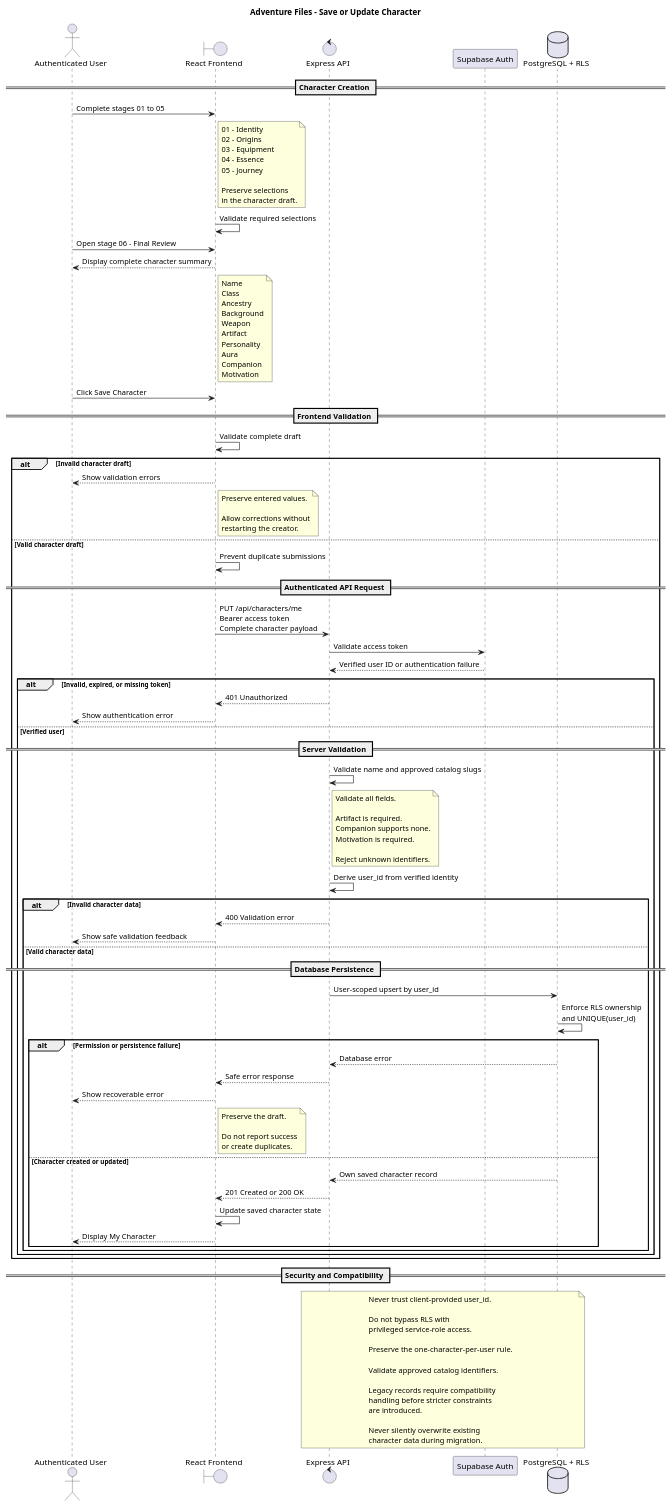
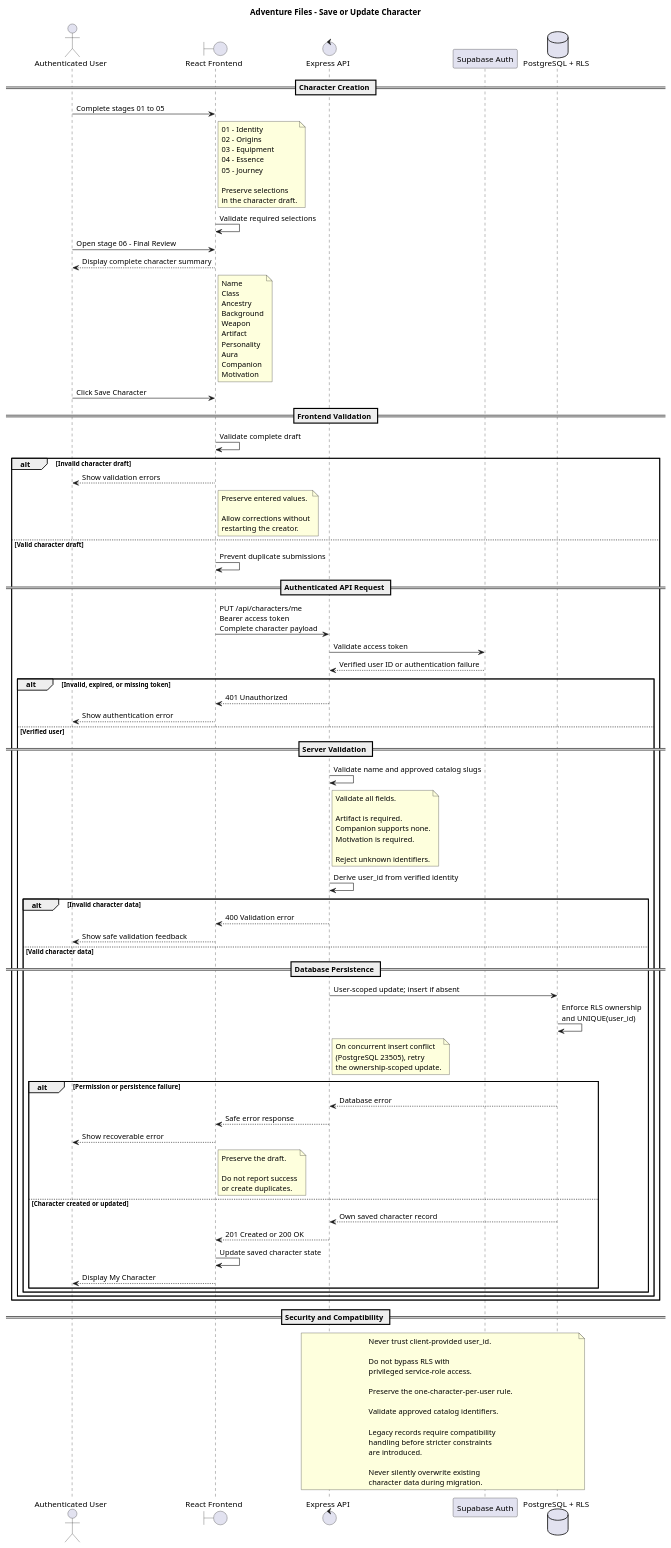
The diagram in docs/uml/save-character-sequence.puml (AlexandroLeao/rpg-character-creator), drawn with PlantUML before and after one commit. The commit also changed 12 other files, not shown here.

```diff
--- a/docs/uml/save-character-sequence.puml
+++ b/docs/uml/save-character-sequence.puml
@@ -1,168 +1,174 @@
 @startuml
 title Adventure Files - Save or Update Character
 
 actor "Authenticated User" as User
 
 boundary "React Frontend" as Frontend
 
 control "Express API" as API
 
 participant "Supabase Auth" as Auth
 
 database "PostgreSQL + RLS" as Database
 
 == Character Creation ==
 
 User -> Frontend: Complete stages 01 to 05
 
 note right of Frontend
   01 - Identity
   02 - Origins
   03 - Equipment
   04 - Essence
   05 - Journey
 
   Preserve selections
   in the character draft.
 end note
 
 Frontend -> Frontend: Validate required selections
 
 User -> Frontend: Open stage 06 - Final Review
 
 Frontend --> User: Display complete character summary
 
 note right of Frontend
   Name
   Class
   Ancestry
   Background
   Weapon
   Artifact
   Personality
   Aura
   Companion
   Motivation
 end note
 
 User -> Frontend: Click Save Character
 
 == Frontend Validation ==
 
 Frontend -> Frontend: Validate complete draft
 
 alt Invalid character draft
 
     Frontend --> User: Show validation errors
 
     note right of Frontend
       Preserve entered values.
 
       Allow corrections without
       restarting the creator.
     end note
 
 else Valid character draft
 
     Frontend -> Frontend: Prevent duplicate submissions
 
     == Authenticated API Request ==
 
     Frontend -> API: PUT /api/characters/me\nBearer access token\nComplete character payload
 
     API -> Auth: Validate access token
 
     Auth --> API: Verified user ID or authentication failure
 
     alt Invalid, expired, or missing token
 
         API --> Frontend: 401 Unauthorized
 
         Frontend --> User: Show authentication error
 
     else Verified user
 
         == Server Validation ==
 
         API -> API: Validate name and approved catalog slugs
 
         note right of API
           Validate all fields.
 
           Artifact is required.
           Companion supports none.
           Motivation is required.
 
           Reject unknown identifiers.
         end note
 
         API -> API: Derive user_id from verified identity
 
         alt Invalid character data
 
             API --> Frontend: 400 Validation error
 
             Frontend --> User: Show safe validation feedback
 
         else Valid character data
 
             == Database Persistence ==
 
-            API -> Database: User-scoped upsert by user_id
+            API -> Database: User-scoped update; insert if absent
 
             Database -> Database: Enforce RLS ownership\nand UNIQUE(user_id)
+
+            note right of API
+              On concurrent insert conflict
+              (PostgreSQL 23505), retry
+              the ownership-scoped update.
+            end note
 
             alt Permission or persistence failure
 
                 Database --> API: Database error
 
                 API --> Frontend: Safe error response
 
                 Frontend --> User: Show recoverable error
 
                 note right of Frontend
                   Preserve the draft.
 
                   Do not report success
                   or create duplicates.
                 end note
 
             else Character created or updated
 
                 Database --> API: Own saved character record
 
                 API --> Frontend: 201 Created or 200 OK
 
                 Frontend -> Frontend: Update saved character state
 
                 Frontend --> User: Display My Character
 
             end
 
         end
 
     end
 
 end
 
 == Security and Compatibility ==
 
 note over API, Database
   Never trust client-provided user_id.
 
   Do not bypass RLS with
   privileged service-role access.
 
   Preserve the one-character-per-user rule.
 
   Validate approved catalog identifiers.
 
   Legacy records require compatibility
   handling before stricter constraints
   are introduced.
 
   Never silently overwrite existing
   character data during migration.
 end note
 
 @enduml
```
